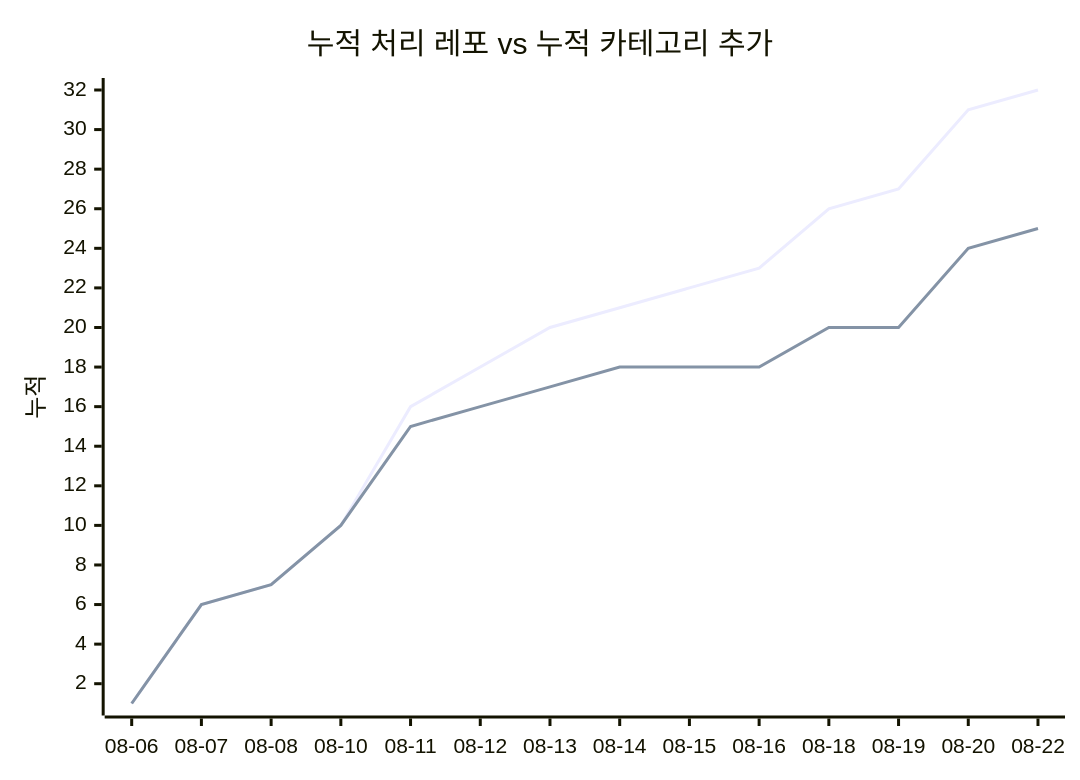
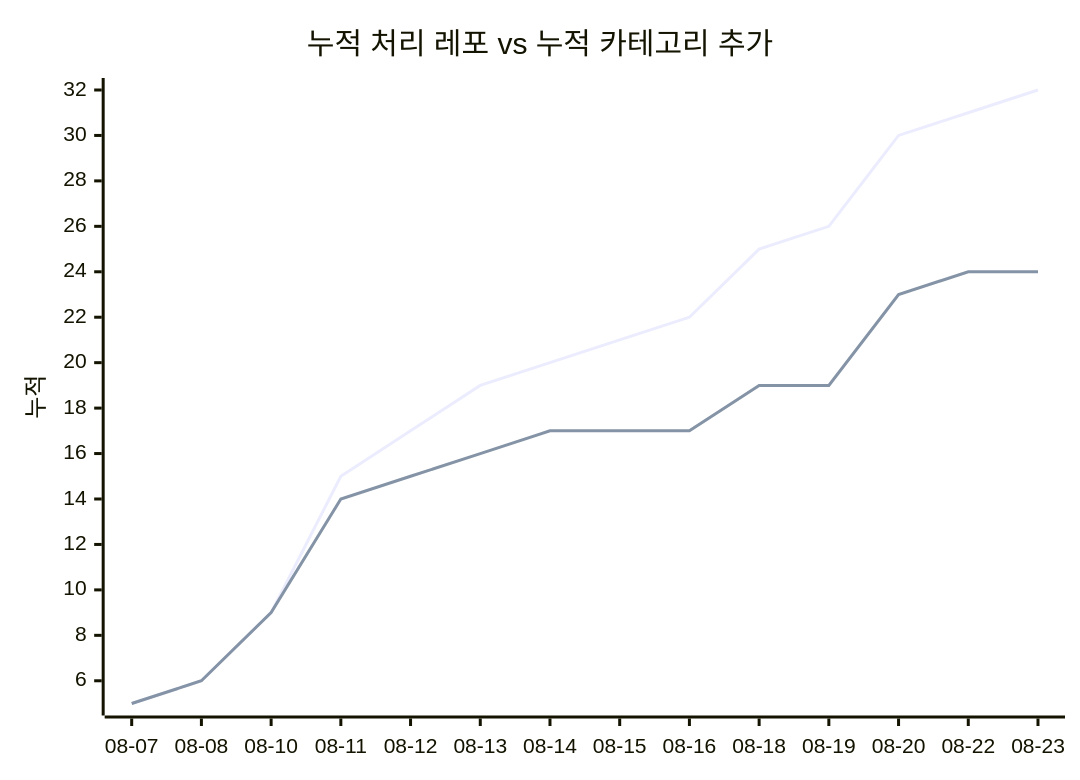
The second of 2 diagrams in docs/trends.md (J-nowcow/awesome-korean-agent-skills), drawn with Mermaid before and after one commit. The commit also changed other lines of this file and 2 other files, not shown here.

````diff
--- a/docs/trends.md
+++ b/docs/trends.md
@@ -68,8 +68,8 @@
 ```mermaid
 xychart-beta
     title "누적 처리 레포 vs 누적 카테고리 추가"
-    x-axis ["08-06","08-07","08-08","08-10","08-11","08-12","08-13","08-14","08-15","08-16","08-18","08-19","08-20","08-22"]
+    x-axis ["08-07","08-08","08-10","08-11","08-12","08-13","08-14","08-15","08-16","08-18","08-19","08-20","08-22","08-23"]
     y-axis "누적"
-    line [1,6,7,10,16,18,20,21,22,23,26,27,31,32]
-    line [1,6,7,10,15,16,17,18,18,18,20,20,24,25]
+    line [5,6,9,15,17,19,20,21,22,25,26,30,31,32]
+    line [5,6,9,14,15,16,17,17,17,19,19,23,24,24]
 ```
````
